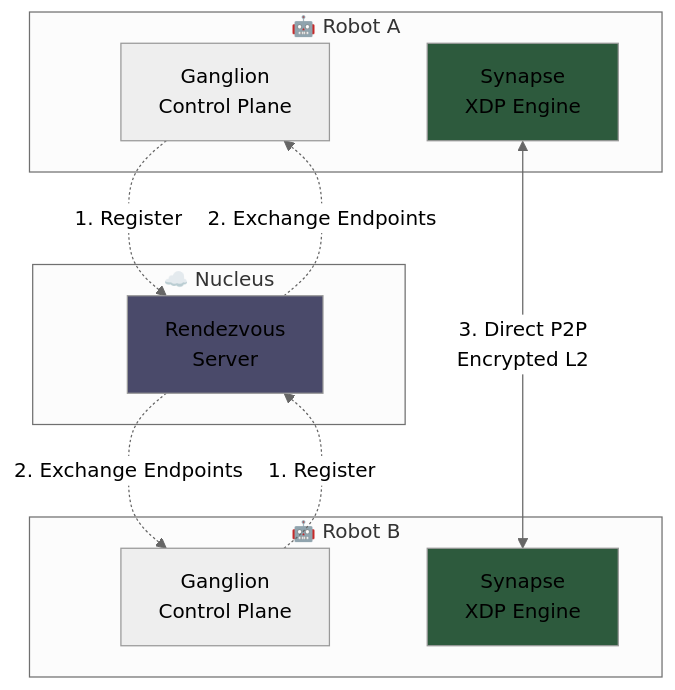
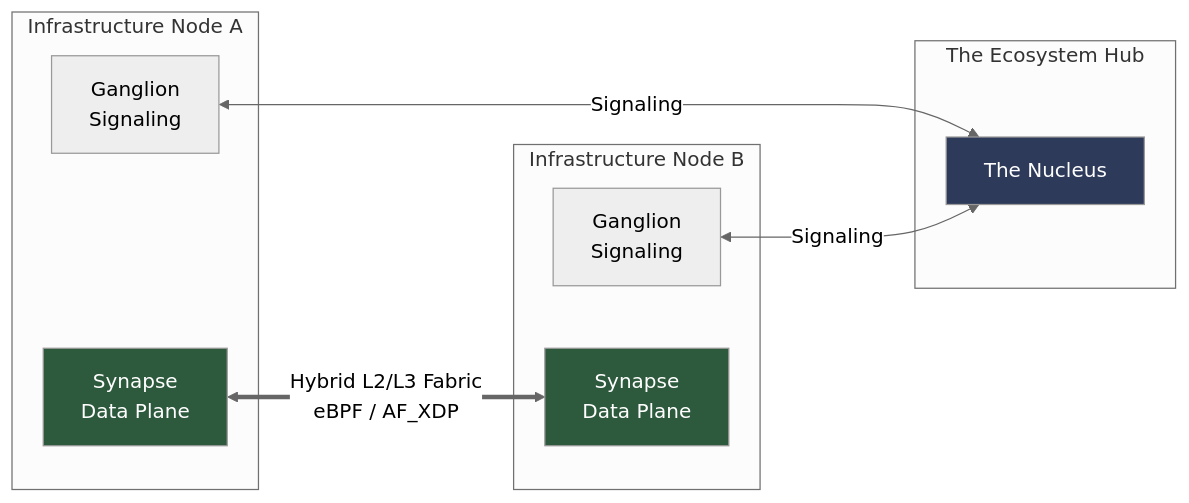
One commit to omniedgeio/OmniNervous changed the diagram in README.md. Above: the diagram before and after it, drawn with Mermaid (neutral theme). The commit also changed other lines of this file and 21 other files, not shown here.

````diff
--- a/README.md
+++ b/README.md
@@ -13,27 +29,24 @@
 ```mermaid
-graph TB
-    subgraph Peer_A["🤖 Robot A"]
-        GA[Ganglion<br/>Control Plane]
-        SA[Synapse<br/>XDP Engine]
+graph LR
+    subgraph "Infrastructure Node A"
+        G_A[Ganglion<br/>Signaling]
+        S_A[Synapse<br/>Data Plane]
     end
     
-    subgraph Nucleus["☁️ Nucleus"]
-        NR[Rendezvous<br/>Server]
+    subgraph "The Ecosystem Hub"
+        N[The Nucleus]
     end
     
-    subgraph Peer_B["🤖 Robot B"]
-        GB[Ganglion<br/>Control Plane]
-        SB[Synapse<br/>XDP Engine]
+    subgraph "Infrastructure Node B"
+        G_B[Ganglion<br/>Signaling]
+        S_B[Synapse<br/>Data Plane]
     end
     
-    GA -.->|1. Register| NR
-    GB -.->|1. Register| NR
-    NR -.->|2. Exchange Endpoints| GA
-    NR -.->|2. Exchange Endpoints| GB
-    SA <-->|3. Direct P2P<br/>Encrypted L2| SB
+    G_A <-->|Signaling| N
+    G_B <-->|Signaling| N
+    S_A <==>|Hybrid L2/L3 Fabric<br/>eBPF / AF_XDP| S_B
     
-    style SA fill:#2d5a3d
-    style SB fill:#2d5a3d
-    style NR fill:#4a4a6a
-
+    style S_A fill:#2d5a3d,color:#fff
+    style S_B fill:#2d5a3d,color:#fff
+    style N fill:#2d3a5a,color:#fff
 ```
````
